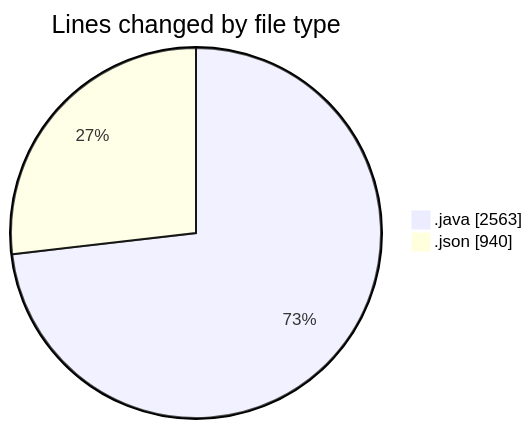
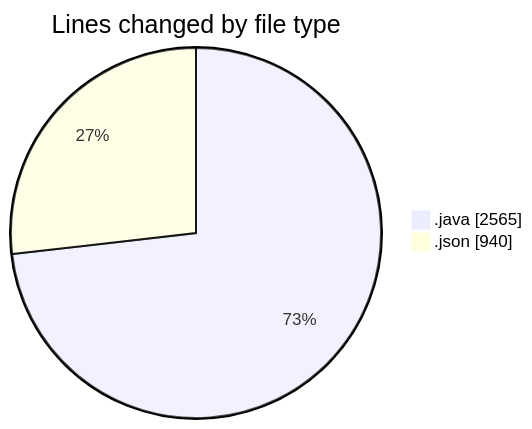
The first of 2 diagrams in 2026-04-28/cilapp/README.md (ricardozamudiocil/code-tracking), drawn with Mermaid before and after one commit. The commit also changed other lines of this file and 1 other file, not shown here.

````diff
--- a/2026-04-28/cilapp/README.md
+++ b/2026-04-28/cilapp/README.md
@@ -23,6 +23,6 @@
 ```mermaid
 pie showData
 title Lines changed by file type
-".java" : 2563
+".java" : 2565
 ".json" : 940
 ```
````
